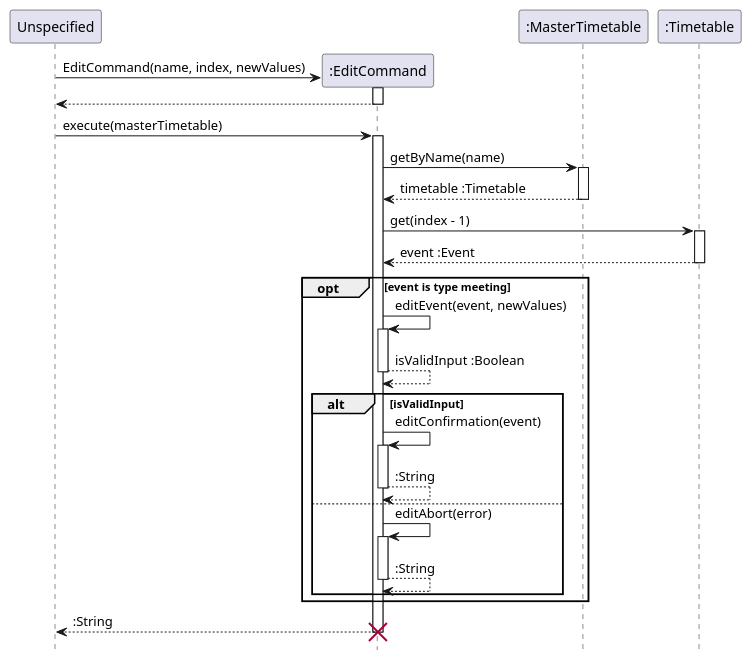
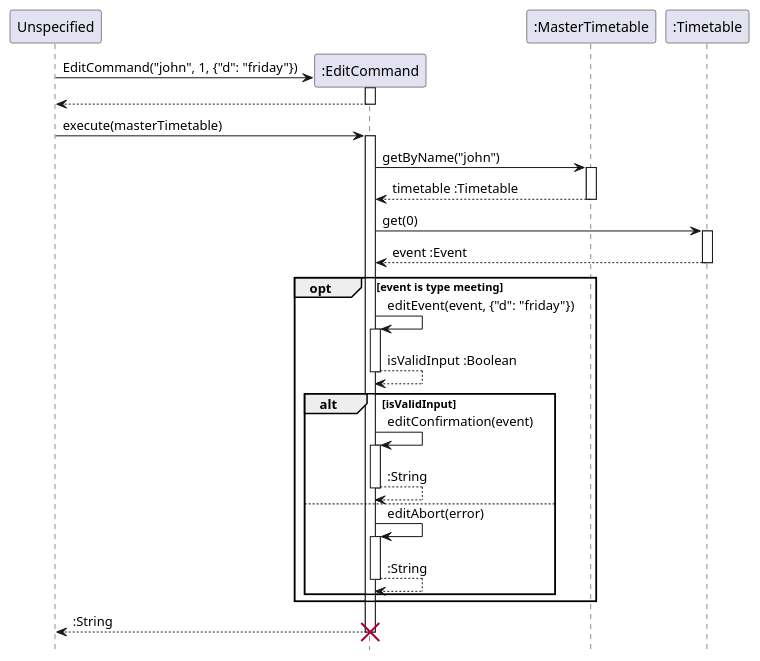
Before and after one commit to nus-cs2113-AY2122S2/tp: the diagram in docs/diagrams/EditCommandSequenceDiagram.puml, drawn with PlantUML. The commit also changed 10 other files, not shown here.

Commit message:
Add Parser class diagrams

```diff
--- a/docs/diagrams/EditCommandSequenceDiagram.puml
+++ b/docs/diagrams/EditCommandSequenceDiagram.puml
@@ -1,52 +1,52 @@
 @startuml
 hide footbox
 
 participant "Unspecified" as none
 participant ":EditCommand" as Command
 participant ":MasterTimetable" as Master
 participant ":Timetable" as Timetable
 
 create Command
-none -> Command : EditCommand(name, index, newValues)
+none -> Command : EditCommand("john", 1, {"d": "friday"})
 activate Command
 none <-- Command :
 deactivate Command
 
 none -> Command : execute(masterTimetable)
 activate Command
 
-Command ->  Master : getByName(name)
+Command ->  Master : getByName("john")
 activate Master
 Command <-- Master : timetable :Timetable
 deactivate Master
 
-Command -> Timetable : get(index - 1)
+Command -> Timetable : get(0)
 activate Timetable
 Command <-- Timetable : event :Event
 deactivate Timetable
 
 opt event is type meeting
-Command -> Command : editEvent(event, newValues)
+Command -> Command : editEvent(event, {"d": "friday"})
 activate Command
 Command --> Command : isValidInput :Boolean
 deactivate Command
 
 alt isValidInput
 Command -> Command : editConfirmation(event)
 activate Command
 Command --> Command : :String
 deactivate Command
 
 else
 Command -> Command : editAbort(error)
 activate Command
 Command --> Command : :String
 deactivate Command
 end
 
 end
 none <-- Command : :String
 deactivate Command
 destroy Command
 
 @enduml
```
